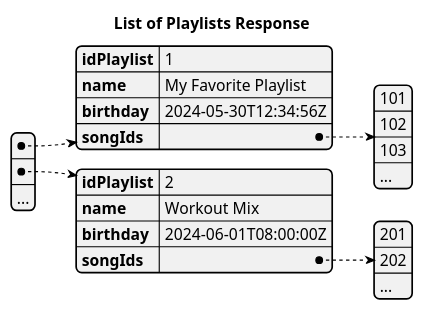
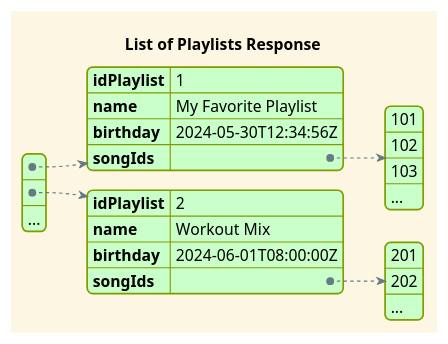
The diagram in design/asciidoc/puml/playlist_list_response.puml (Janoww/TIW2015-spolify), drawn with PlantUML before and after one commit. The commit also changed 13 other files, not shown here.

Commit message:
style: added sunlust theme to puml

```diff
--- a/design/asciidoc/puml/playlist_list_response.puml
+++ b/design/asciidoc/puml/playlist_list_response.puml
@@ -1,18 +1,20 @@
 @startjson
 title List of Playlists Response
+!theme sunlust
+
 [
   {
     "idPlaylist": 1,
     "name": "My Favorite Playlist",
     "birthday": "2024-05-30T12:34:56Z",
     "songIds": [101, 102, 103, "..."]
   },
   {
     "idPlaylist": 2,
     "name": "Workout Mix",
     "birthday": "2024-06-01T08:00:00Z",
     "songIds": [201, 202, "..."]
   },
   "..."
 ]
 @endjson
```
